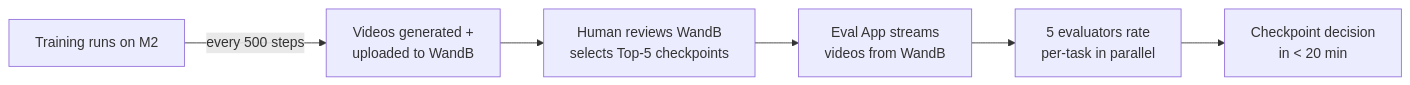
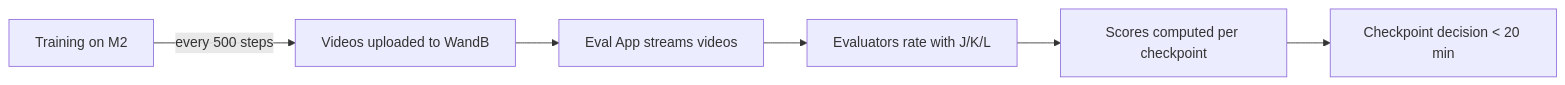
Before and after one commit to GindaChen/fastvideo-eval: the diagram in README.md, drawn with Mermaid. The commit also changed other lines of this file and 2 other files, not shown here.

````diff
--- a/README.md
+++ b/README.md
@@ -62,8 +89,8 @@
 ```mermaid
 graph LR
-    A[Training runs on M2] -->|every 500 steps| B[Videos generated +<br/>uploaded to WandB]
-    B --> C[Human reviews WandB<br/>selects Top-5 checkpoints]
-    C --> D[Eval App streams<br/>videos from WandB]
-    D --> E[5 evaluators rate<br/>per-task in parallel]
-    E --> F[Checkpoint decision<br/>in < 20 min]
+    A[Training on M2] -->|every 500 steps| B[Videos uploaded to WandB]
+    B --> C[Eval App streams videos]
+    C --> D[Evaluators rate with J/K/L]
+    D --> E[Scores computed per checkpoint]
+    E --> F[Checkpoint decision < 20 min]
 ```
````
